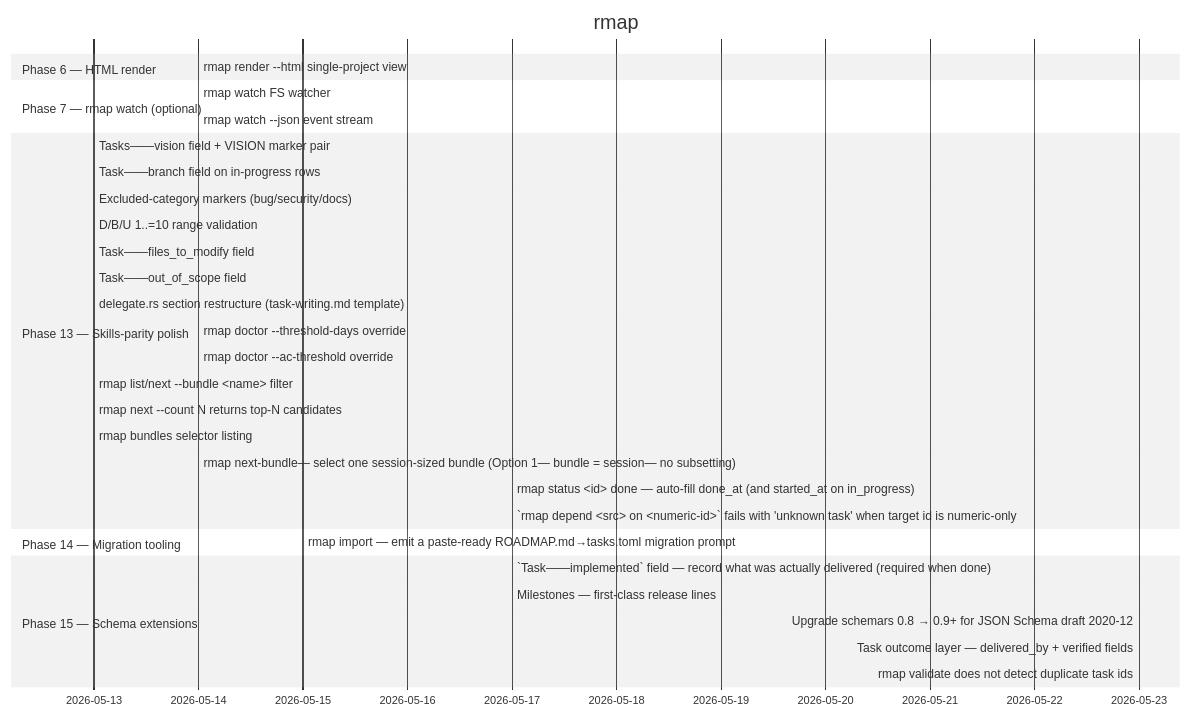
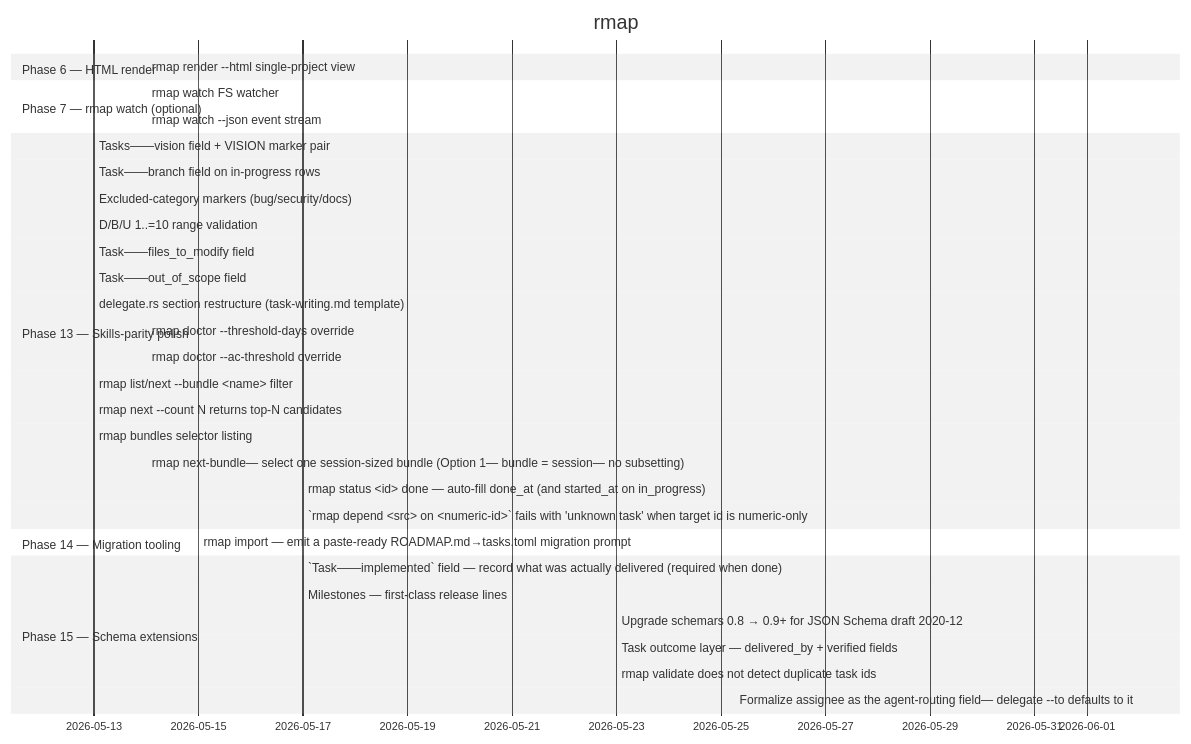
The diagram in ROADMAP.md (ZenHive/rmap), drawn with Mermaid (neutral theme) before and after one commit. The commit also changed other lines of this file and 9 other files, not shown here.

Commit message:
phase 15: formalize assignee as the agent-routing field — delegate --to defaults to it (task 40)

````diff
--- a/ROADMAP.md
+++ b/ROADMAP.md
@@ -14,34 +14,35 @@
 ```mermaid
 gantt
     title rmap
     dateFormat YYYY-MM-DD
     section Phase 6 — HTML render
     rmap render --html single-project view :done, 2026-05-14, 2026-05-14
     section Phase 7 — rmap watch (optional)
     rmap watch FS watcher :done, 2026-05-14, 2026-05-14
     rmap watch --json event stream :done, 2026-05-14, 2026-05-14
     section Phase 13 — Skills-parity polish
     Tasks——vision field + VISION marker pair :done, 2026-05-13, 2026-05-13
     Task——branch field on in-progress rows :done, 2026-05-13, 2026-05-13
     Excluded-category markers (bug/security/docs) :done, 2026-05-13, 2026-05-13
     D/B/U 1..=10 range validation :done, 2026-05-13, 2026-05-13
     Task——files_to_modify field :done, 2026-05-13, 2026-05-13
     Task——out_of_scope field :done, 2026-05-13, 2026-05-13
     delegate.rs section restructure (task-writing.md template) :done, 2026-05-13, 2026-05-13
     rmap doctor --threshold-days override :done, 2026-05-14, 2026-05-14
     rmap doctor --ac-threshold override :done, 2026-05-14, 2026-05-14
     rmap list/next --bundle <name> filter :done, 2026-05-13, 2026-05-13
     rmap next --count N returns top-N candidates :done, 2026-05-13, 2026-05-13
     rmap bundles selector listing :done, 2026-05-13, 2026-05-13
     rmap next-bundle— select one session-sized bundle (Option 1— bundle = session— no subsetting) :done, 2026-05-14, 2026-05-14
     rmap status <id> done — auto-fill done_at (and started_at on in_progress) :done, 2026-05-17, 2026-05-17
     `rmap depend <src> on <numeric-id>` fails with 'unknown task' when target id is numeric-only :done, 2026-05-17, 2026-05-17
     section Phase 14 — Migration tooling
     rmap import — emit a paste-ready ROADMAP.md→tasks.toml migration prompt :done, 2026-05-15, 2026-05-15
     section Phase 15 — Schema extensions
     `Task——implemented` field — record what was actually delivered (required when done) :done, 2026-05-17, 2026-05-17
     Milestones — first-class release lines :done, 2026-05-17, 2026-05-17
     Upgrade schemars 0.8 → 0.9+ for JSON Schema draft 2020-12 :done, 2026-05-23, 2026-05-23
     Task outcome layer — delivered_by + verified fields :done, 2026-05-23, 2026-05-23
     rmap validate does not detect duplicate task ids :done, 2026-05-23, 2026-05-23
+    Formalize assignee as the agent-routing field— delegate --to defaults to it :active, 2026-06-02, 2026-06-02
 ```
````
